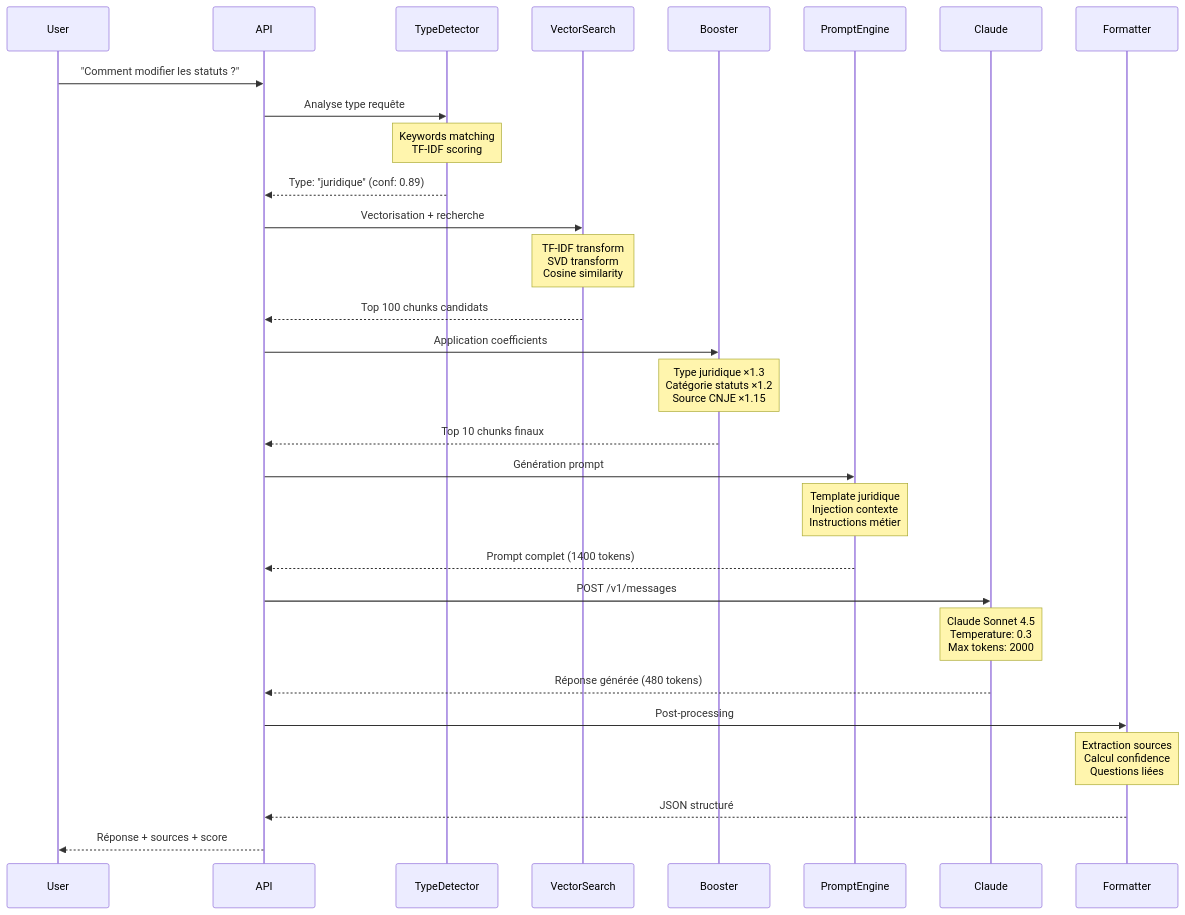
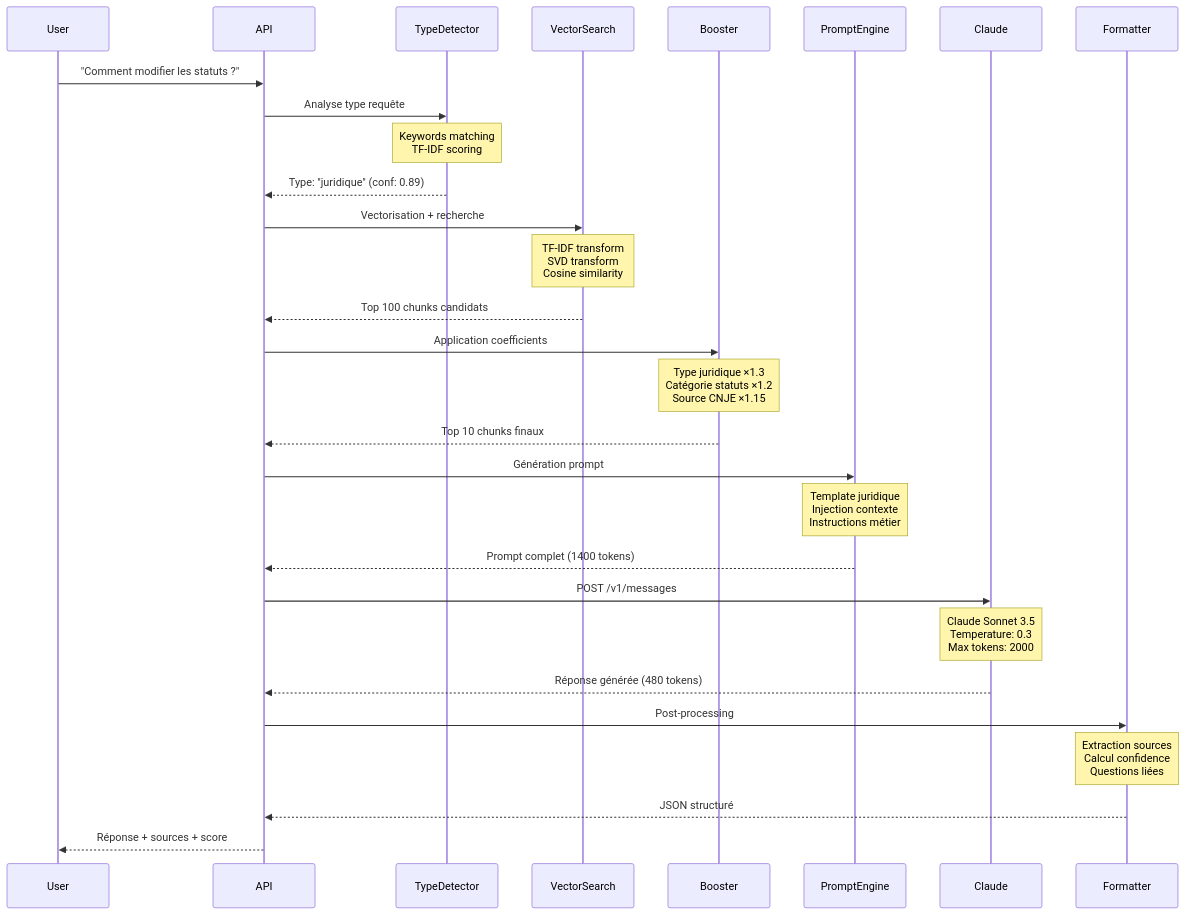
Before and after one commit to llantrua/Comply-AI-ChatBot: the second of 2 diagrams in README.md, drawn with Mermaid. The commit also changed other lines of this file and 2 other files, not shown here.

````diff
--- a/README.md
+++ b/README.md
@@ -246,38 +247,38 @@
 ```mermaid
 sequenceDiagram
     participant User
     participant API
     participant TypeDetector
     participant VectorSearch
     participant Booster
     participant PromptEngine
     participant Claude
     participant Formatter
 
     User->>API: "Comment modifier les statuts ?"
     API->>TypeDetector: Analyse type requête
     Note over TypeDetector: Keywords matching<br/>TF-IDF scoring
     TypeDetector-->>API: Type: "juridique" (conf: 0.89)
     
     API->>VectorSearch: Vectorisation + recherche
     Note over VectorSearch: TF-IDF transform<br/>SVD transform<br/>Cosine similarity
     VectorSearch-->>API: Top 100 chunks candidats
     
     API->>Booster: Application coefficients
     Note over Booster: Type juridique ×1.3<br/>Catégorie statuts ×1.2<br/>Source CNJE ×1.15
     Booster-->>API: Top 10 chunks finaux
     
     API->>PromptEngine: Génération prompt
     Note over PromptEngine: Template juridique<br/>Injection contexte<br/>Instructions métier
     PromptEngine-->>API: Prompt complet (1400 tokens)
     
     API->>Claude: POST /v1/messages
-    Note over Claude: Claude Sonnet 4.5<br/>Temperature: 0.3<br/>Max tokens: 2000
+    Note over Claude: Claude Sonnet 3.5<br/>Temperature: 0.3<br/>Max tokens: 2000
     Claude-->>API: Réponse générée (480 tokens)
     
     API->>Formatter: Post-processing
     Note over Formatter: Extraction sources<br/>Calcul confidence<br/>Questions liées
     Formatter-->>API: JSON structuré
     
     API-->>User: Réponse + sources + score
 ```
````
